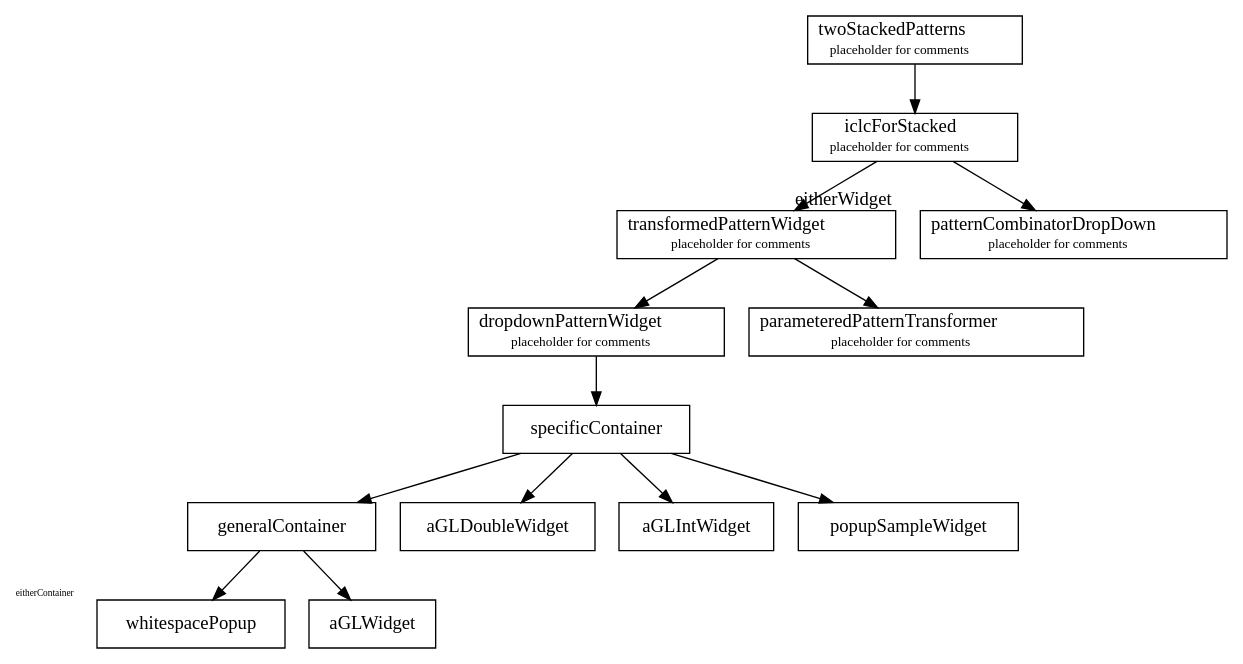
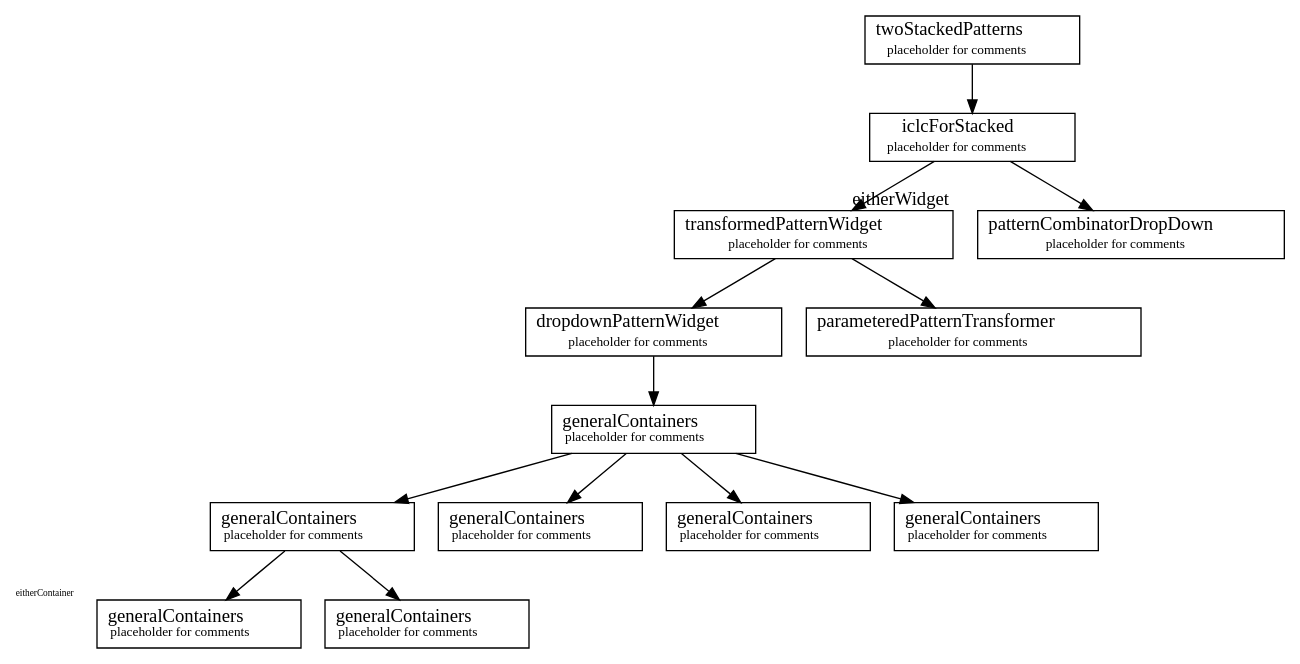
One commit to dktr0/estuary changed the diagram in map/twoStackedPatterns.dot. Above: the diagram before and after it, drawn with Graphviz. The commit also changed 1 other file, not shown here.

```diff
--- a/map/twoStackedPatterns.dot
+++ b/map/twoStackedPatterns.dot
@@ -1,26 +1,33 @@
 digraph twoStackedPatterns {
               node [shape=record, labelloc=b];
               twoStackedPatterns [label=<twoStackedPatterns<BR /> <FONT POINT-SIZE="10">placeholder for comments</FONT>>];
               iclcForStacked [label=<iclcForStacked<BR /> <FONT POINT-SIZE="10">placeholder for comments</FONT>> ];
               transformedPatternWidget [label=<transformedPatternWidget<BR /> <FONT POINT-SIZE="10">placeholder for comments</FONT>> ];
               patternCombinatorDropDown [label=<patternCombinatorDropDown<BR /> <FONT POINT-SIZE="10">placeholder for comments</FONT>>, xlabel=<eitherWidget>];
               dropdownPatternWidget [label=<dropdownPatternWidget<BR /> <FONT POINT-SIZE="10">placeholder for comments</FONT>>];
               parameteredPatternTransformer [label=<parameteredPatternTransformer<BR /> <FONT POINT-SIZE="10">placeholder for comments</FONT>>];
               whitespacePopup [xlabel=<<FONT POINT-SIZE="7"> eitherContainer</FONT>>];
+              generalContainer [label=<generalContainers <BR/><FONT POINT-SIZE="10">placeholder for comments</FONT>>];
+              specificContainer [label=<generalContainers <BR/><FONT POINT-SIZE="10">placeholder for comments</FONT>>];
+              aGLWidget [label=<generalContainers <BR/><FONT POINT-SIZE="10">placeholder for comments</FONT>>];
+              aGLDoubleWidget [label=<generalContainers <BR/><FONT POINT-SIZE="10">placeholder for comments</FONT>>];
+              aGLIntWidget [label=<generalContainers <BR/><FONT POINT-SIZE="10">placeholder for comments</FONT>>];
+              popupSampleWidget [label=<generalContainers <BR/><FONT POINT-SIZE="10">placeholder for comments</FONT>>];
+              whitespacePopup [label=<generalContainers <BR/><FONT POINT-SIZE="10">placeholder for comments</FONT>>];
 
               twoStackedPatterns -> iclcForStacked
               iclcForStacked -> transformedPatternWidget
               iclcForStacked -> patternCombinatorDropDown
               transformedPatternWidget -> dropdownPatternWidget
               dropdownPatternWidget -> specificContainer
               specificContainer -> generalContainer
               generalContainer -> aGLWidget
               generalContainer -> whitespacePopup
 
 //specificContainer right branch
               specificContainer -> aGLDoubleWidget
               specificContainer -> aGLIntWidget
               specificContainer -> popupSampleWidget
 
               transformedPatternWidget -> parameteredPatternTransformer
 }
```
